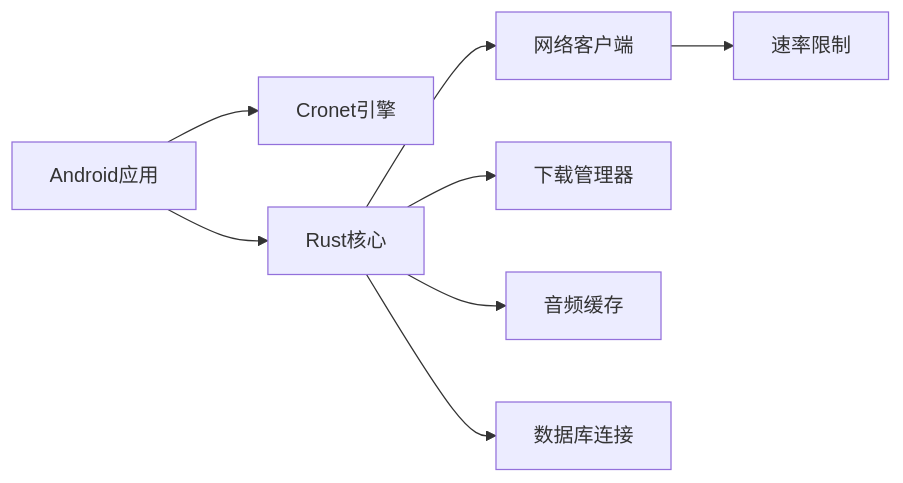
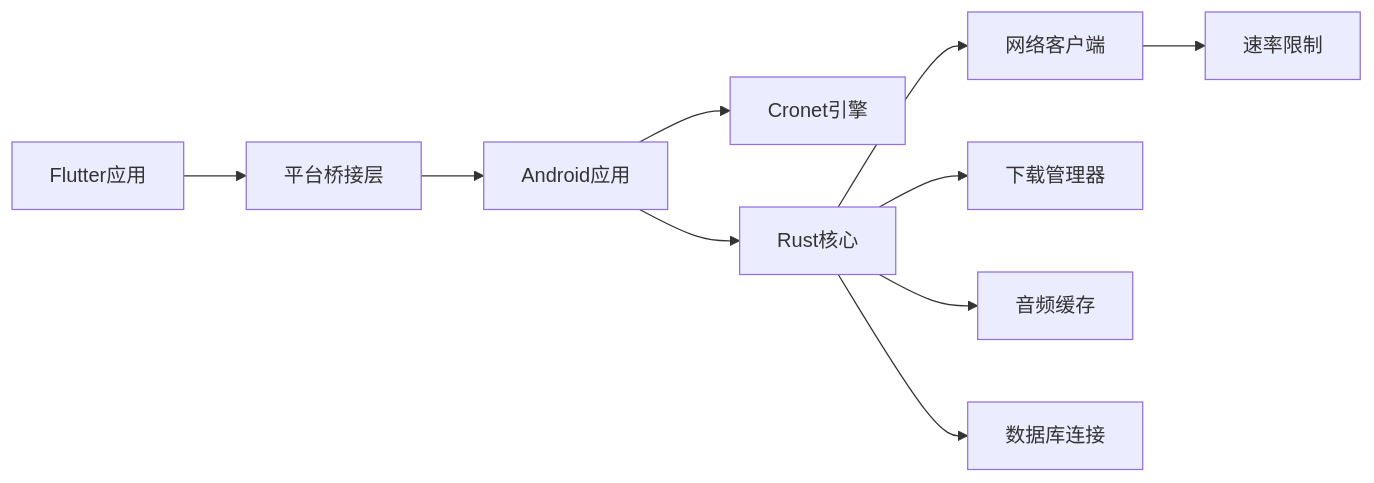
Before and after one commit to ZhangGHGitHub/LegadoTeamFlutter: the eighth of 8 diagrams in .qoder/repowiki/zh/content/Rust核心库/性能优化.md, drawn with Mermaid. The commit also changed other lines of this file and 68 other files, not shown here.

````diff
--- a/.qoder/repowiki/zh/content/Rust核心库/性能优化.md
+++ b/.qoder/repowiki/zh/content/Rust核心库/性能优化.md
@@ -282,10 +352,12 @@
 ```mermaid
 graph LR
-App["Android应用"] --> Cronet["Cronet引擎"]
-App --> RustCore["Rust核心"]
+Flutter["Flutter应用"] --> Bridge["平台桥接层"]
+Android["Android应用"] --> Cronet["Cronet引擎"]
+Android --> RustCore["Rust核心"]
 RustCore --> Net["网络客户端"]
 RustCore --> DL["下载管理器"]
 RustCore --> Cache["音频缓存"]
 RustCore --> DB["数据库连接"]
 Net --> Rate["速率限制"]
+Bridge --> Android
 ```
````
